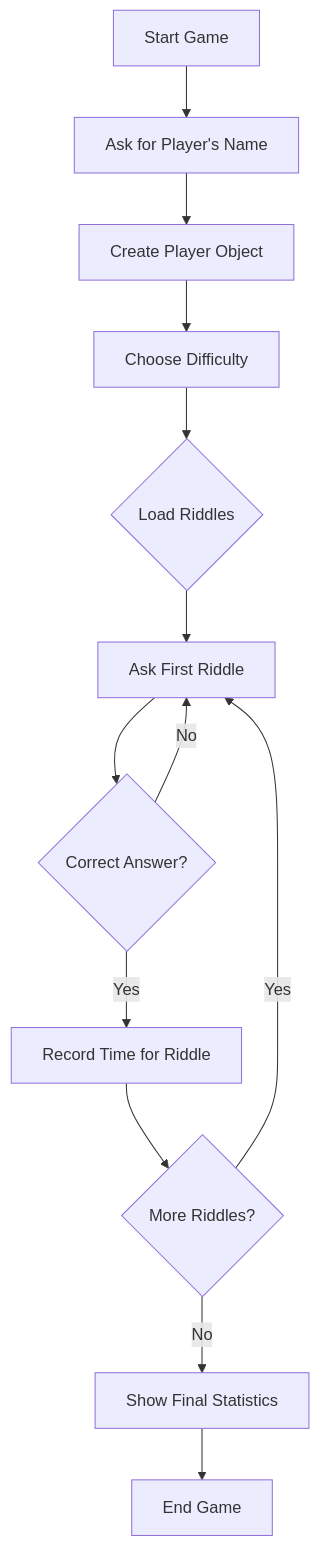
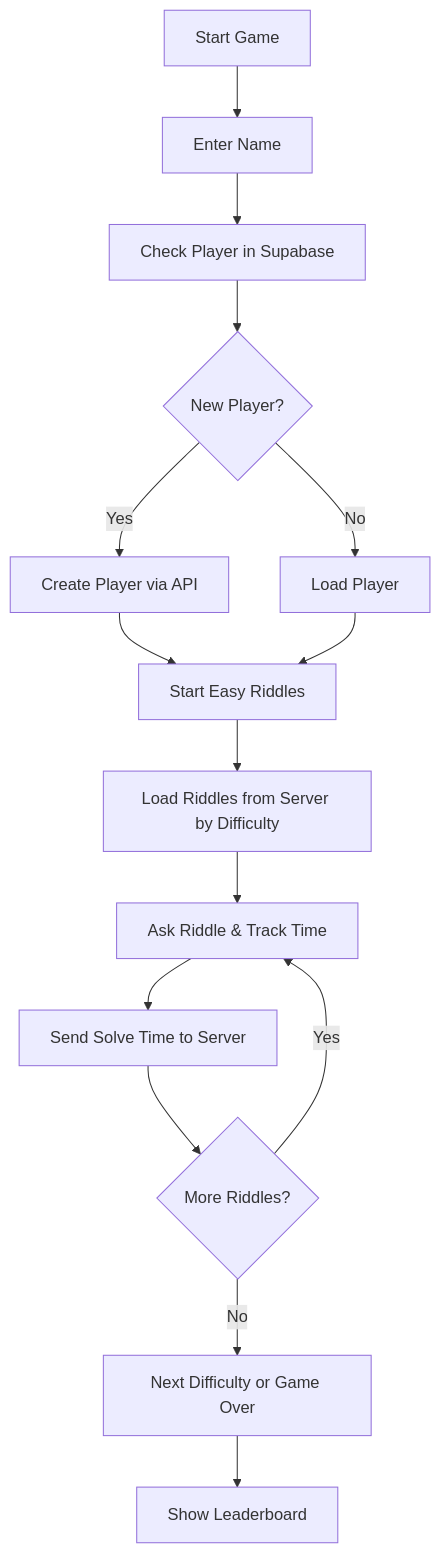
Before and after one commit to nahmanbo/RiddleGame: the diagram in README.md, drawn with Mermaid. The commit also changed other lines of this file, not shown here.

````diff
--- a/README.md
+++ b/README.md
@@ -40,15 +57,17 @@
 ```mermaid
 flowchart TD
-    A[Start Game] --> B[Ask for Player's Name]
-    B --> C[Create Player Object]
-    C --> D[Choose Difficulty]
-    D --> E{Load Riddles}
-    E --> F[Ask First Riddle]
-    F --> G{Correct Answer?}
-    G -- No --> F
-    G -- Yes --> H[Record Time for Riddle]
-    H --> I{More Riddles?}
-    I -- Yes --> F
-    I -- No --> J[Show Final Statistics]
-    J --> K[End Game]
+    A[Start Game] --> B[Enter Name]
+    B --> C[Check Player in Supabase]
+    C --> D{New Player?}
+    D -- Yes --> E[Create Player via API]
+    D -- No --> F[Load Player]
+    E --> G[Start Easy Riddles]
+    F --> G
+    G --> H[Load Riddles from Server by Difficulty]
+    H --> I[Ask Riddle & Track Time]
+    I --> J[Send Solve Time to Server]
+    J --> K{More Riddles?}
+    K -- Yes --> I
+    K -- No --> L[Next Difficulty or Game Over]
+    L --> M[Show Leaderboard]
 ```
````
